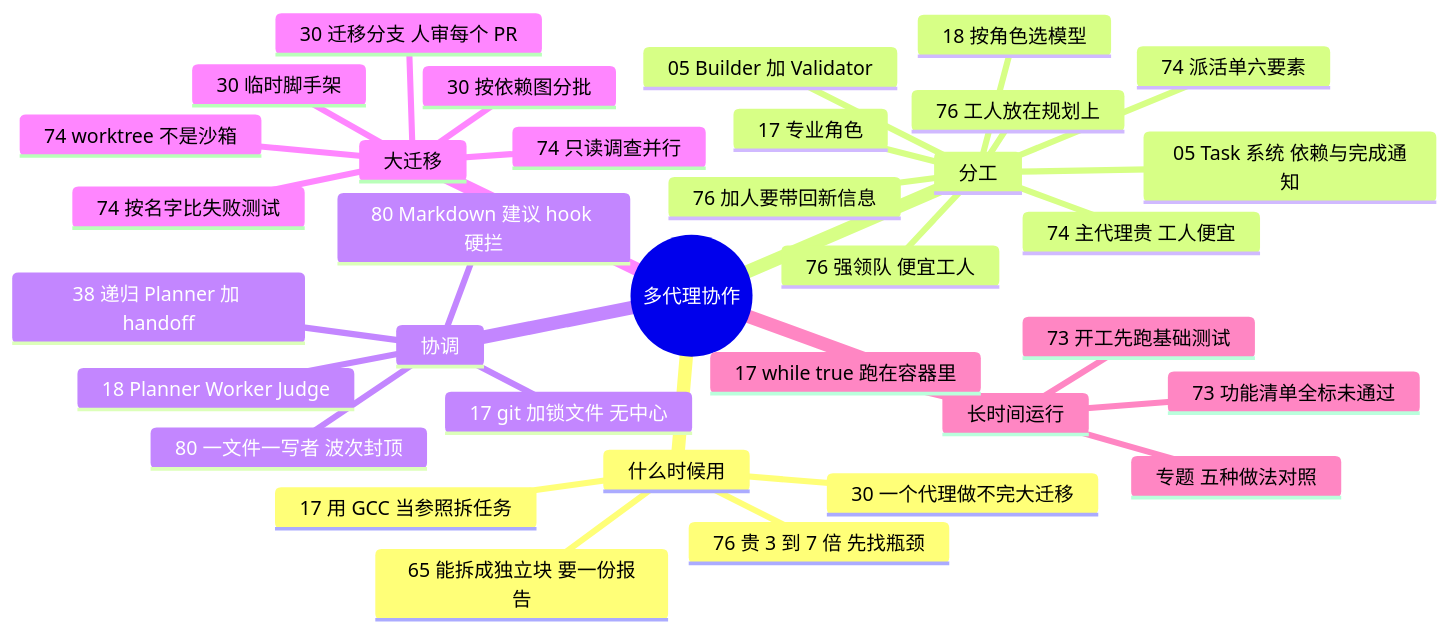
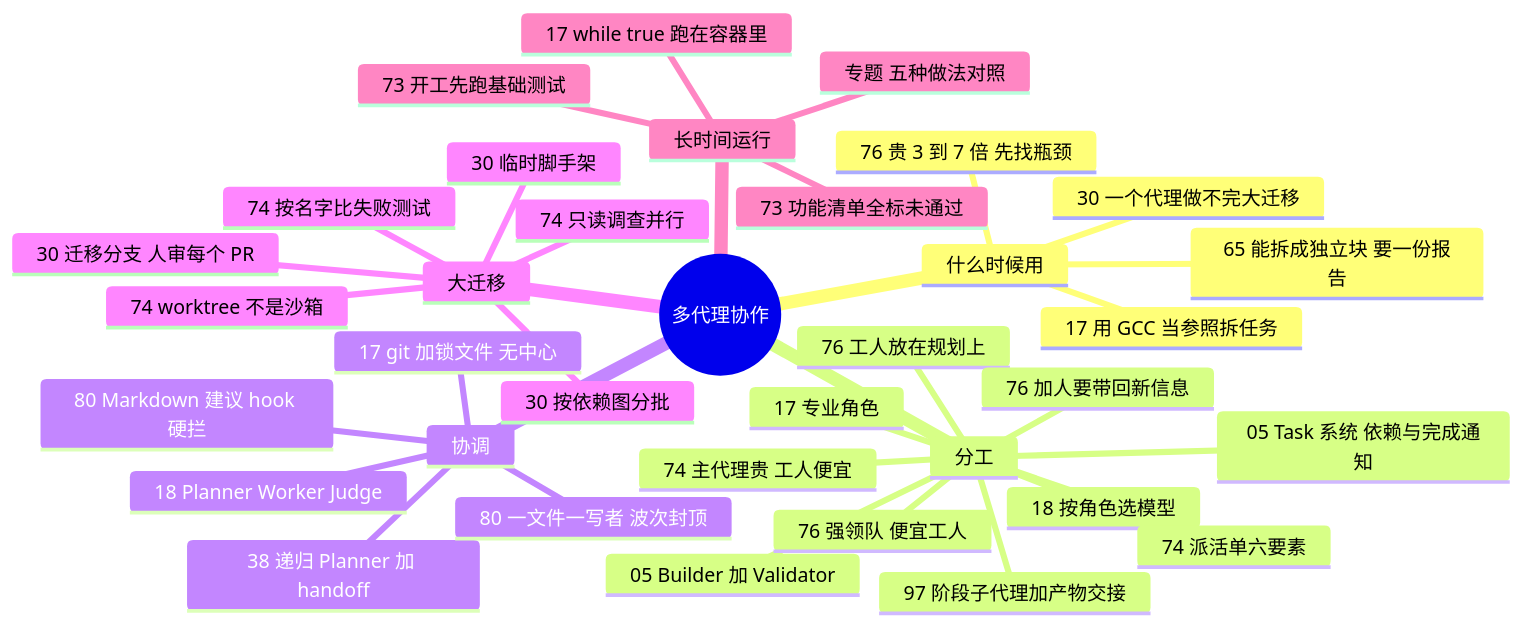
Before and after one commit to yzw7489757/ai-coding-videos: the diagram in docs/guide/multi.md, drawn with Mermaid. The commit also changed other lines of this file and 15 other files, not shown here.

````diff
--- a/docs/guide/multi.md
+++ b/docs/guide/multi.md
@@ -15,37 +15,38 @@
 ```mermaid
 mindmap
   root((多代理协作))
     什么时候用
       65 能拆成独立块 要一份报告
       17 用 GCC 当参照拆任务
       30 一个代理做不完大迁移
       76 贵 3 到 7 倍 先找瓶颈
     分工
+      97 阶段子代理加产物交接
       05 Builder 加 Validator
       05 Task 系统 依赖与完成通知
       17 专业角色
       18 按角色选模型
       74 主代理贵 工人便宜
       74 派活单六要素
       76 工人放在规划上
       76 强领队 便宜工人
       76 加人要带回新信息
     协调
       17 git 加锁文件 无中心
       18 Planner Worker Judge
       38 递归 Planner 加 handoff
       80 Markdown 建议 hook 硬拦
       80 一文件一写者 波次封顶
     大迁移
       30 迁移分支 人审每个 PR
       30 按依赖图分批
       30 临时脚手架
       74 按名字比失败测试
       74 只读调查并行
       74 worktree 不是沙箱
     长时间运行
       17 while true 跑在容器里
       73 功能清单全标未通过
       73 开工先跑基础测试
       专题 五种做法对照
 ```
````
